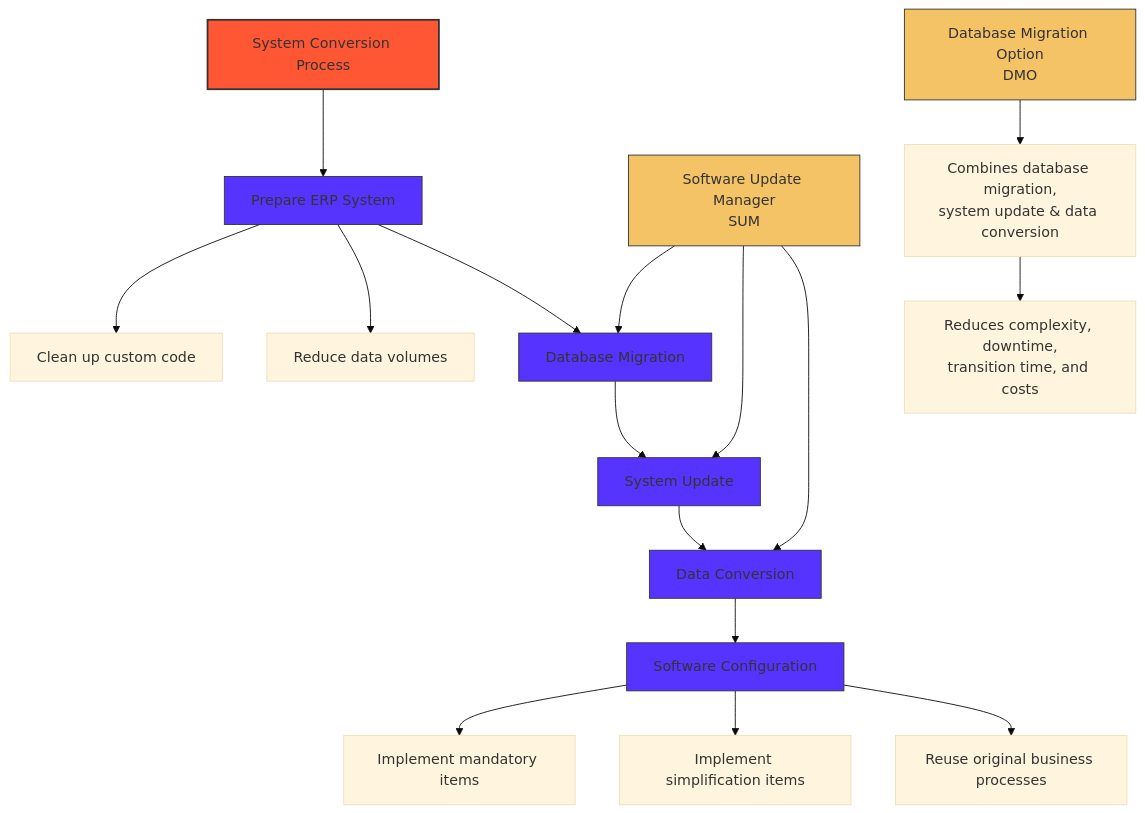
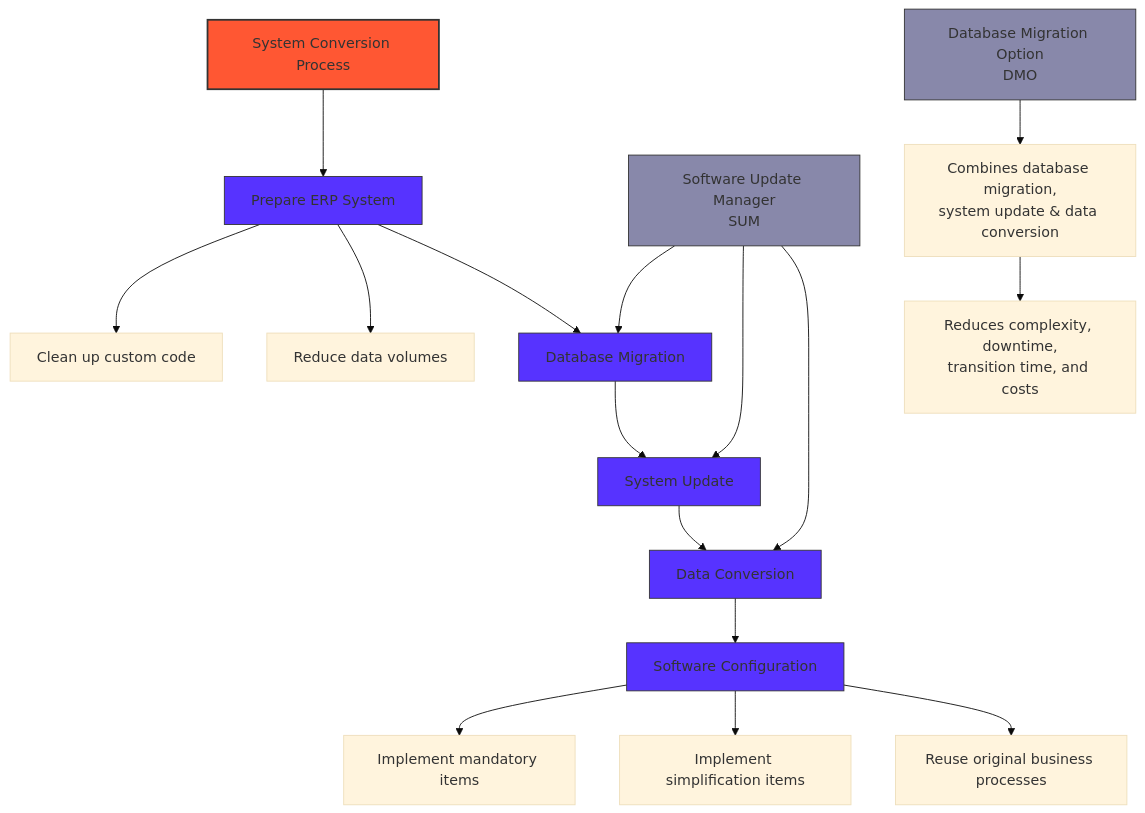
One commit to sapflashcards/S4CPE changed the diagram in conversion.md. Above: the diagram before and after it, drawn with Mermaid (base theme).

````diff
--- a/conversion.md
+++ b/conversion.md
@@ -1,29 +1,29 @@
 ```mermaid
 graph TD
     A[System Conversion Process] --> B[Prepare ERP System]
     B --> B1[Clean up custom code]
     B --> B2[Reduce data volumes]
     B --> C[Database Migration]
     C --> D[System Update]
     D --> E[Data Conversion]
     E --> F[Software Configuration]
     F --> F1[Implement mandatory items]
     F --> F2[Implement simplification items]
     F --> F3[Reuse original business processes]
     
     G[Software Update Manager\nSUM] --> C
     G --> D
     G --> E
     
     H[Database Migration Option\nDMO] --> H1[Combines database migration,\nsystem update & data conversion]
     H1 --> H2[Reduces complexity, downtime,\ntransition time, and costs]
     
     style A fill:#FF5733,stroke:#333,stroke-width:2px
     style B fill:#5733FF,stroke:#333
     style C fill:#5733FF,stroke:#333
     style D fill:#5733FF,stroke:#333
     style E fill:#5733FF,stroke:#333
     style F fill:#5733FF,stroke:#333
-    style G fill:#f4c366,stroke:#333
-    style H fill:#f4c366,stroke:#333
+    style G fill:#8888aa,stroke:#333
+    style H fill:#8888aa,stroke:#333
 ```
````
